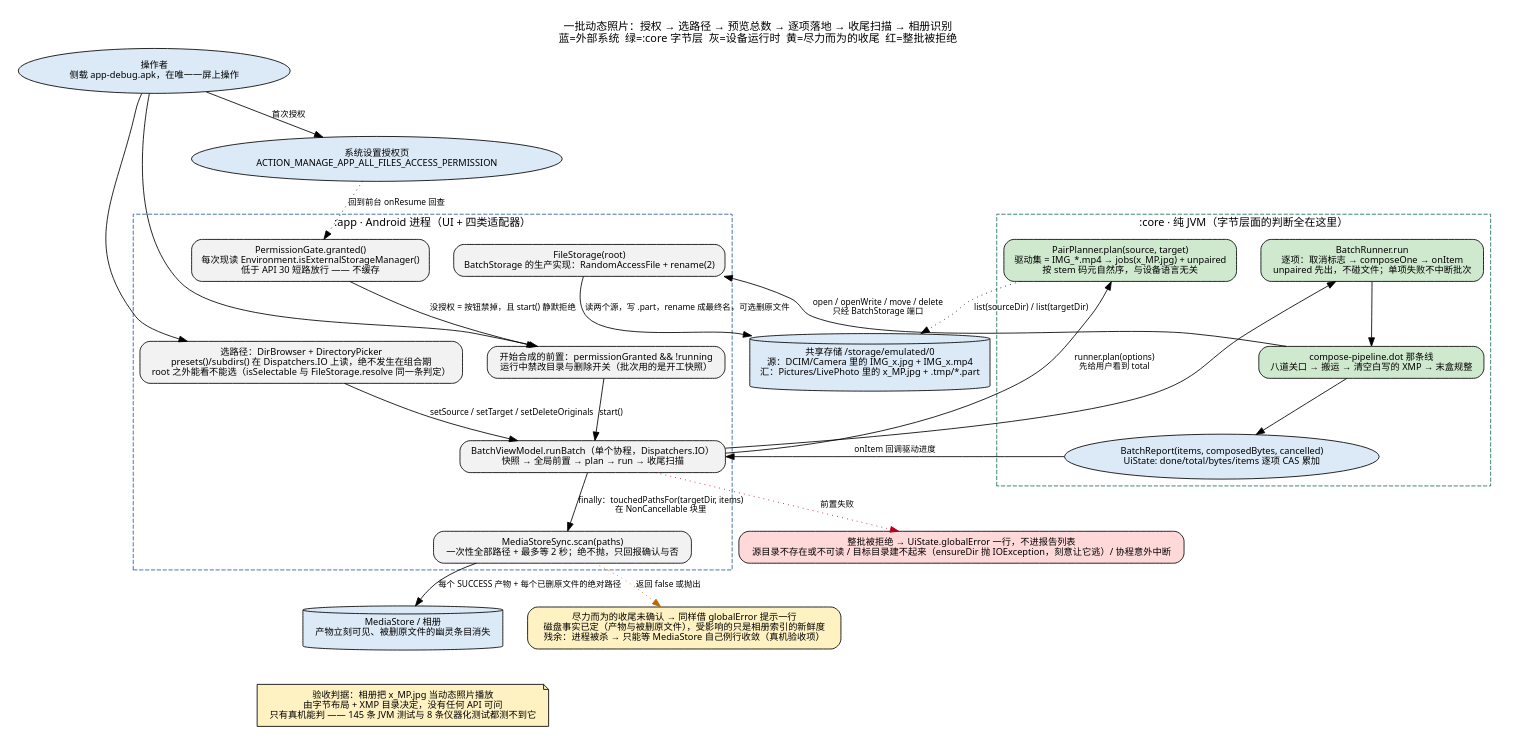
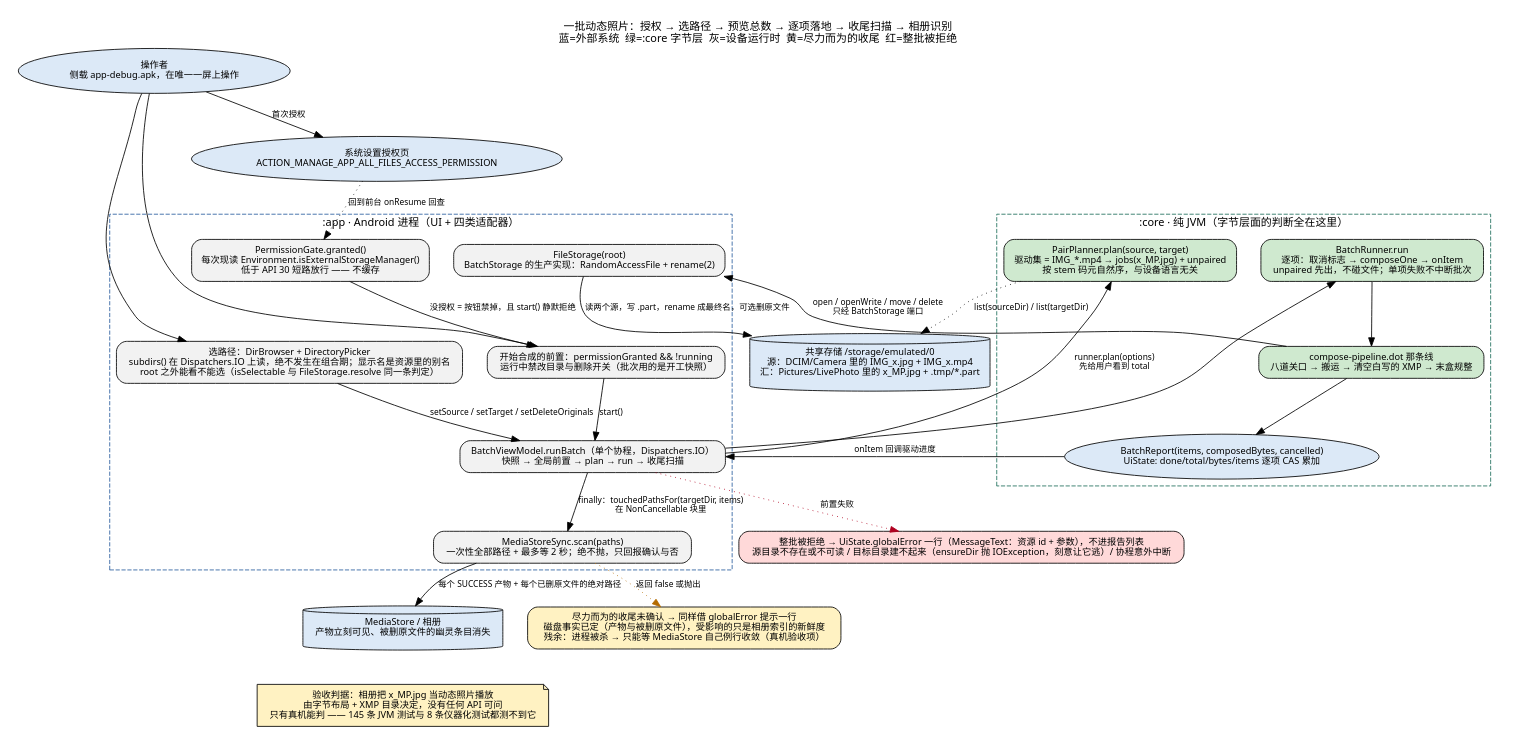
Before and after one commit to yaleiyale/live-photo-batch: the diagram in docs/architecture/batch-flow.dot, drawn with Graphviz. The commit also changed 25 other files, not shown here.

```diff
--- a/docs/architecture/batch-flow.dot
+++ b/docs/architecture/batch-flow.dot
@@ -1,72 +1,72 @@
 // 端到端一批：从侧载 APK 到相册能播（as-built @ 52d0621）
 // skill: flow-visualizer + graphviz   evidence: docs/architecture/system-model.evidence.md
 // 渲染：node render.mjs batch-flow.dot batch-flow.svg   （或 dot -Tsvg batch-flow.dot -o batch-flow.svg）
 // 读法：自上而下 = 时间顺序；虚线 = 只在失败/取消时走；黄色 = 磁盘事实已定、只是索引新鲜度
 digraph batch_end_to_end {
     graph [
         rankdir=TB,
         fontname="Segoe UI",
         label="一批动态照片：授权 → 选路径 → 预览总数 → 逐项落地 → 收尾扫描 → 相册识别\n蓝=外部系统  绿=:core 字节层  灰=设备运行时  黄=尽力而为的收尾  红=整批被拒绝",
         labelloc=t,
         fontsize=13,
         nodesep=0.4,
         ranksep=0.55,
         pad="0.2"
     ];
     node [fontname="Segoe UI", shape=box, style="rounded,filled", fontsize=11, fillcolor="#f2f2f2", margin="0.16,0.10"];
     edge [fontname="Segoe UI", fontsize=10];
 
     op [label="操作者\n侧载 app-debug.apk，在唯一一屏上操作", shape=ellipse, fillcolor="#dce9f7"];
     grant [label="系统设置授权页\nACTION_MANAGE_APP_ALL_FILES_ACCESS_PERMISSION", shape=ellipse, fillcolor="#dce9f7"];
     store [label="共享存储 /storage/emulated/0\n源：DCIM/Camera 里的 IMG_x.jpg + IMG_x.mp4\n汇：Pictures/LivePhoto 里的 x_MP.jpg + .tmp/*.part", shape=cylinder, fillcolor="#dce9f7"];
     album [label="MediaStore / 相册\n产物立刻可见、被删原文件的幽灵条目消失", shape=cylinder, fillcolor="#dce9f7"];
 
     subgraph cluster_app {
         label=":app · Android 进程（UI + 四类适配器）";
         style=dashed;
         color="#2a5d9f";
         fontname="Segoe UI";
         perm [label="PermissionGate.granted()\n每次现读 Environment.isExternalStorageManager()\n低于 API 30 短路放行 —— 不缓存"];
-        pick [label="选路径：DirBrowser + DirectoryPicker\npresets()/subdirs() 在 Dispatchers.IO 上读，绝不发生在组合期\nroot 之外能看不能选（isSelectable 与 FileStorage.resolve 同一条判定）"];
+        pick [label="选路径：DirBrowser + DirectoryPicker\nsubdirs() 在 Dispatchers.IO 上读，绝不发生在组合期；显示名是资源里的别名\nroot 之外能看不能选（isSelectable 与 FileStorage.resolve 同一条判定）"];
         startGate [label="开始合成的前置：permissionGranted && !running\n运行中禁改目录与删除开关（批次用的是开工快照）"];
         vm [label="BatchViewModel.runBatch（单个协程，Dispatchers.IO）\n快照 → 全局前置 → plan → run → 收尾扫描"];
         fs [label="FileStorage(root)\nBatchStorage 的生产实现：RandomAccessFile + rename(2)"];
         scan [label="MediaStoreSync.scan(paths)\n一次性全部路径 + 最多等 2 秒；绝不抛，只回报确认与否"];
     }
 
     subgraph cluster_core {
         label=":core · 纯 JVM（字节层面的判断全在这里）";
         style=dashed;
         color="#1f6f5c";
         fontname="Segoe UI";
         plan [label="PairPlanner.plan(source, target)\n驱动集 = IMG_*.mp4 → jobs(x_MP.jpg) + unpaired\n按 stem 码元自然序，与设备语言无关", fillcolor="#cfe9cf"];
         loop [label="BatchRunner.run\n逐项：取消标志 → composeOne → onItem\nunpaired 先出，不碰文件；单项失败不中断批次", fillcolor="#cfe9cf"];
         compose [label="compose-pipeline.dot 那条线\n八道关口 → 搬运 → 清空白写的 XMP → 末盒规整", fillcolor="#cfe9cf"];
         report [label="BatchReport(items, composedBytes, cancelled)\nUiState: done/total/bytes/items 逐项 CAS 累加", shape=ellipse, fillcolor="#dce9f7"];
     }
 
-    globalErr [label="整批被拒绝 → UiState.globalError 一行，不进报告列表\n源目录不存在或不可读 / 目标目录建不起来（ensureDir 抛 IOException，刻意让它逃）/ 协程意外中断", fillcolor="#ffd9d9"];
+    globalErr [label="整批被拒绝 → UiState.globalError 一行（MessageText：资源 id + 参数），不进报告列表\n源目录不存在或不可读 / 目标目录建不起来（ensureDir 抛 IOException，刻意让它逃）/ 协程意外中断", fillcolor="#ffd9d9"];
     hint [label="尽力而为的收尾未确认 → 同样借 globalError 提示一行\n磁盘事实已定（产物与被删原文件），受影响的只是相册索引的新鲜度\n残余：进程被杀 → 只能等 MediaStore 自己例行收敛（真机验收项）", fillcolor="#fff2c2"];
     truth [label="验收判据：相册把 x_MP.jpg 当动态照片播放\n由字节布局 + XMP 目录决定，没有任何 API 可问\n只有真机能判 —— 145 条 JVM 测试与 8 条仪器化测试都测不到它", shape=note, fillcolor="#fff2c2"];
 
     op -> grant [label="首次授权"];
     grant -> perm [label="回到前台 onResume 回查", style=dotted];
     op -> pick
     op -> startGate
     perm -> startGate [label="没授权 = 按钮禁掉，且 start() 静默拒绝"]
     pick -> vm [label="setSource / setTarget / setDeleteOriginals"]
     startGate -> vm [label="start()"]
     vm -> plan [label="runner.plan(options)\n先给用户看到 total"]
     plan -> store [label="list(sourceDir) / list(targetDir)", style=dotted]
     vm -> loop
     loop -> compose
     compose -> fs [label="open / openWrite / move / delete\n只经 BatchStorage 端口"]
     fs -> store [label="读两个源，写 .part，rename 成最终名，可选删原文件"]
     compose -> report
     report -> vm [label="onItem 回调驱动进度"]
     vm -> scan [label="finally：touchedPathsFor(targetDir, items)\n在 NonCancellable 块里"]
     scan -> album [label="每个 SUCCESS 产物 + 每个已删原文件的绝对路径"]
     album -> truth [style=invis];
     vm -> globalErr [style=dotted, label="前置失败", color="#b00020"];
     scan -> hint [style=dotted, label="返回 false 或抛出", color="#b36b00"];
 }
```
